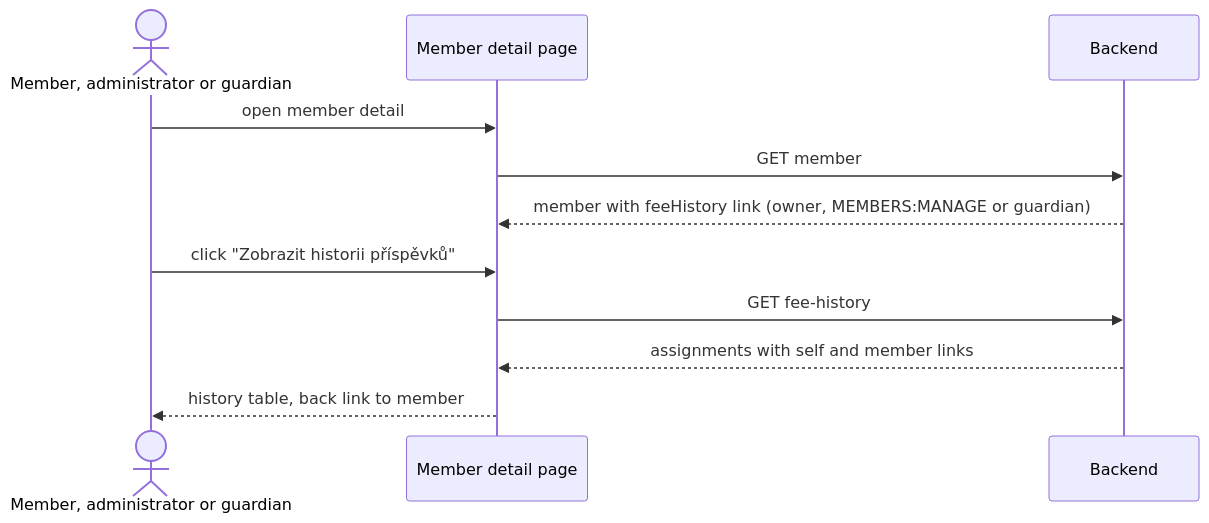
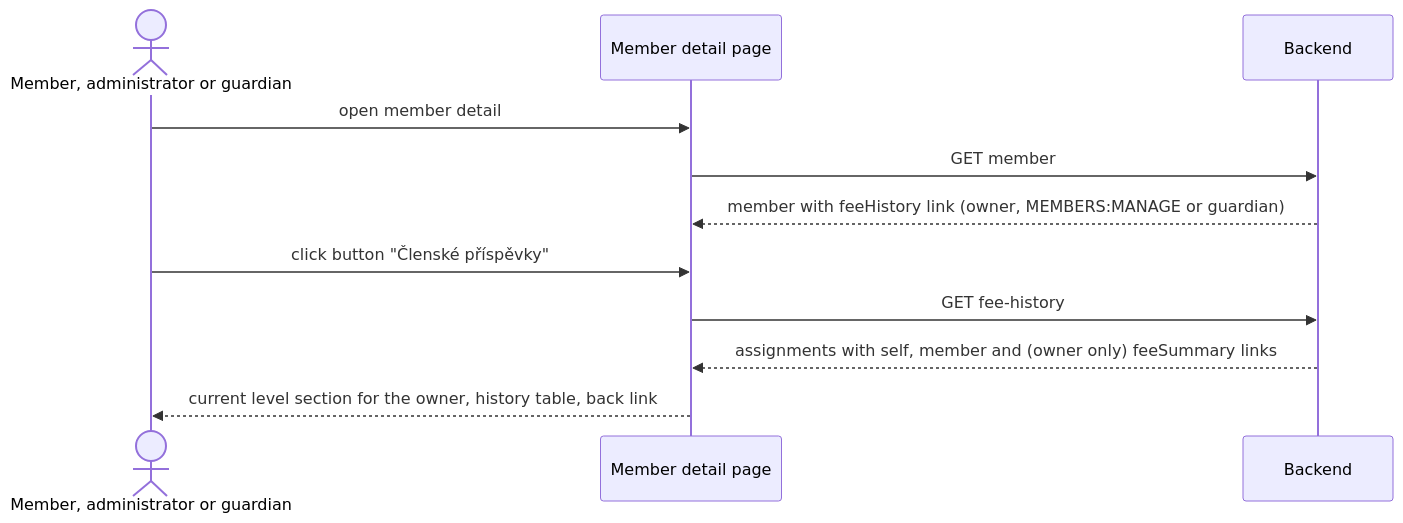
Before and after one commit to zabiny/klabis: the diagram in openspec/changes/add-member-fee-history-page/design.md, drawn with Mermaid. The commit also changed other lines of this file and 3 other files, not shown here.

First line of the commit message:
docs(openspec): rework fee history into Členské příspěvky page (add-member-fee-history-page)

````diff
--- a/openspec/changes/add-member-fee-history-page/design.md
+++ b/openspec/changes/add-member-fee-history-page/design.md
@@ -94,13 +91,13 @@
 ```mermaid
 sequenceDiagram
     actor U as Member, administrator or guardian
     participant FE as Member detail page
     participant BE as Backend
     U->>FE: open member detail
     FE->>BE: GET member
     BE-->>FE: member with feeHistory link (owner, MEMBERS:MANAGE or guardian)
-    U->>FE: click "Zobrazit historii příspěvků"
+    U->>FE: click button "Členské příspěvky"
     FE->>BE: GET fee-history
-    BE-->>FE: assignments with self and member links
-    FE-->>U: history table, back link to member
+    BE-->>FE: assignments with self, member and (owner only) feeSummary links
+    FE-->>U: current level section for the owner, history table, back link
 ```
````
